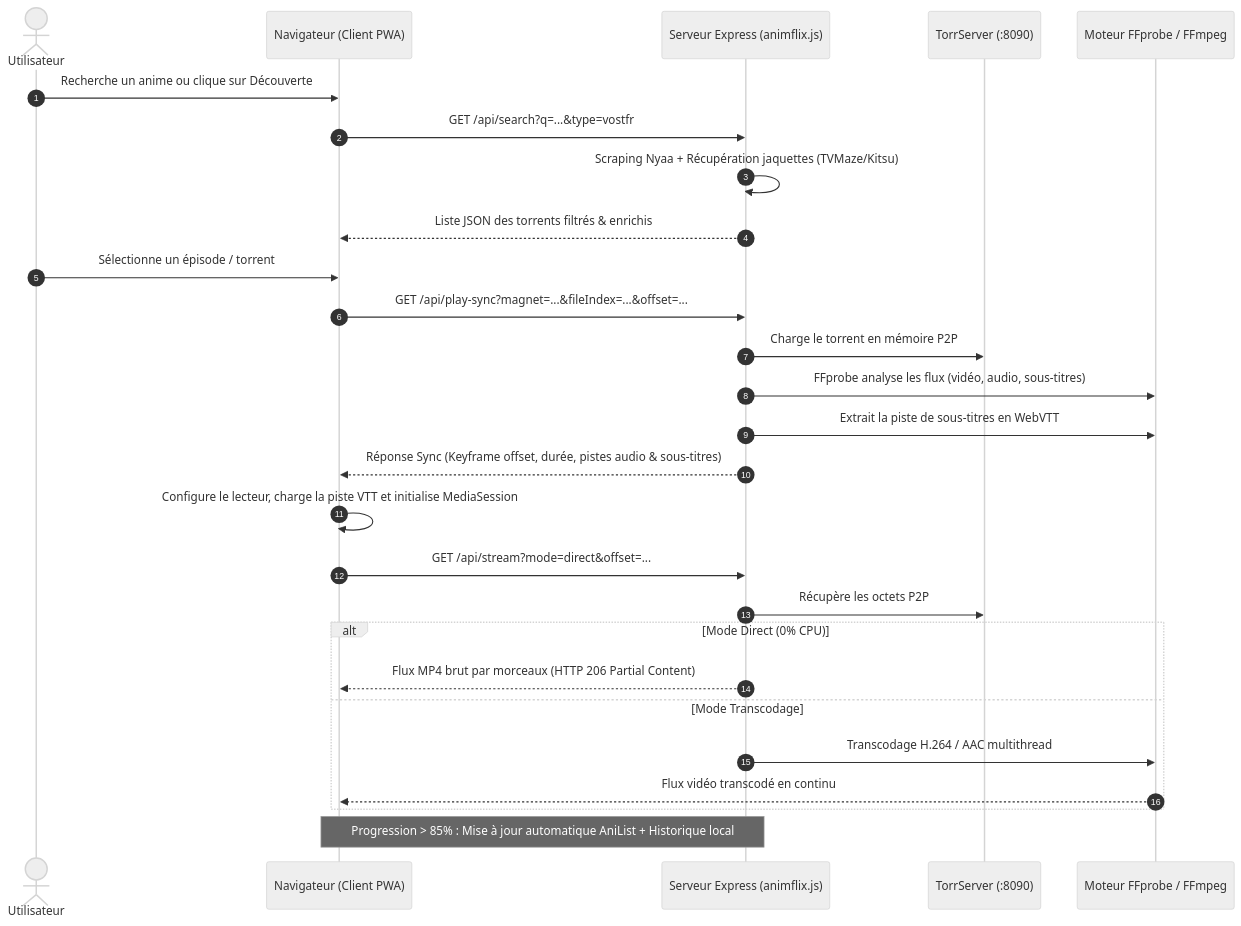
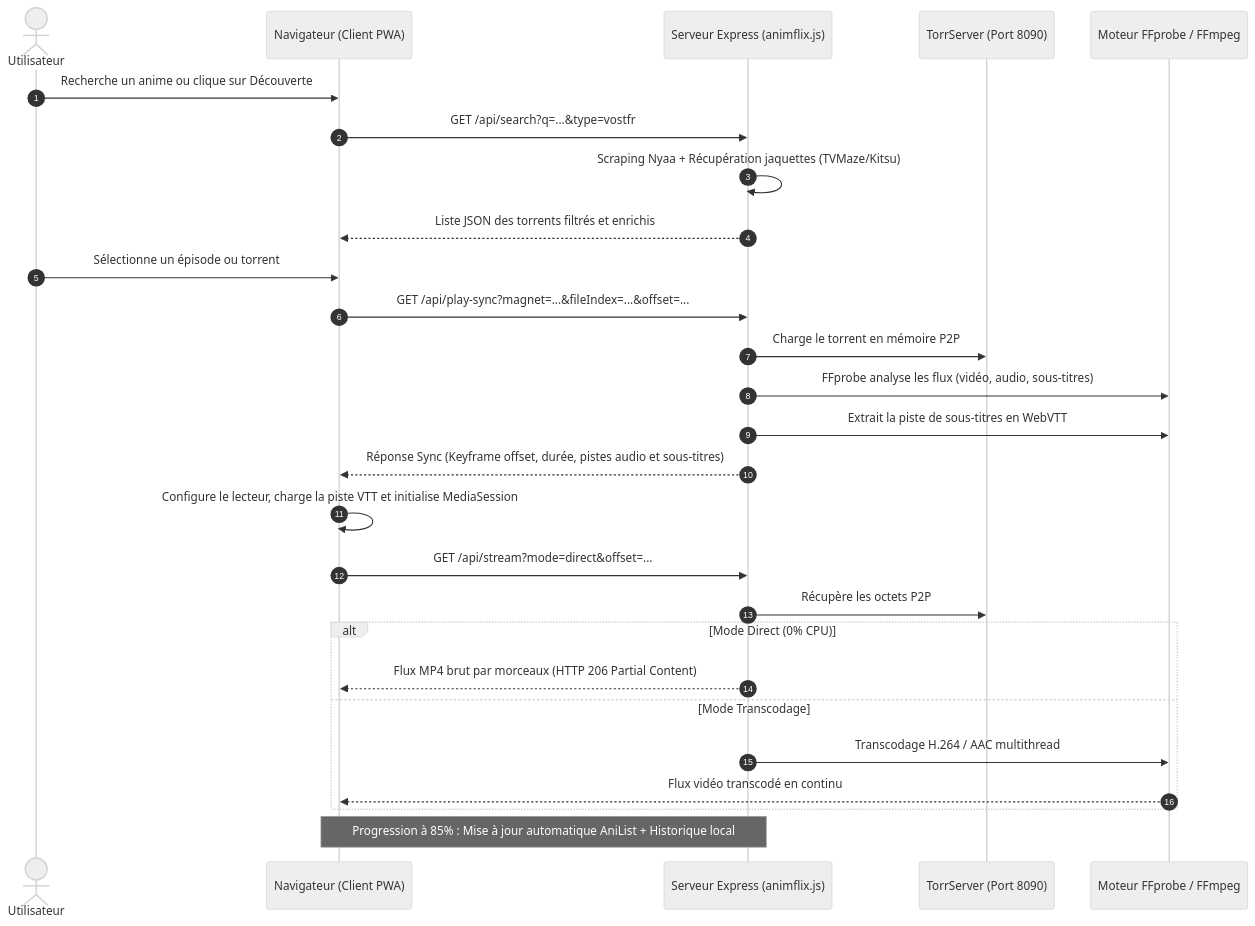
One commit to KaitaoSup/animflix changed the second of 2 diagrams in README.md. Above: the diagram before and after it, drawn with Mermaid (neutral theme). The commit also changed other lines of this file, not shown here.

````diff
--- a/README.md
+++ b/README.md
@@ -142,33 +142,33 @@
 ```mermaid
 sequenceDiagram
     autonumber
     actor User as Utilisateur
     participant Browser as Navigateur (Client PWA)
     participant Server as Serveur Express (animflix.js)
-    participant Torr as TorrServer (:8090)
+    participant Torr as TorrServer (Port 8090)
     participant FFmpeg as Moteur FFprobe / FFmpeg
 
     User->>Browser: Recherche un anime ou clique sur Découverte
     Browser->>Server: GET /api/search?q=...&type=vostfr
     Server->>Server: Scraping Nyaa + Récupération jaquettes (TVMaze/Kitsu)
-    Server-->>Browser: Liste JSON des torrents filtrés & enrichis
+    Server-->>Browser: Liste JSON des torrents filtrés et enrichis
 
-    User->>Browser: Sélectionne un épisode / torrent
+    User->>Browser: Sélectionne un épisode ou torrent
     Browser->>Server: GET /api/play-sync?magnet=...&fileIndex=...&offset=...
     Server->>Torr: Charge le torrent en mémoire P2P
     Server->>FFmpeg: FFprobe analyse les flux (vidéo, audio, sous-titres)
     Server->>FFmpeg: Extrait la piste de sous-titres en WebVTT
-    Server-->>Browser: Réponse Sync (Keyframe offset, durée, pistes audio & sous-titres)
+    Server-->>Browser: Réponse Sync (Keyframe offset, durée, pistes audio et sous-titres)
 
     Browser->>Browser: Configure le lecteur, charge la piste VTT et initialise MediaSession
     Browser->>Server: GET /api/stream?mode=direct&offset=...
     Server->>Torr: Récupère les octets P2P
     alt Mode Direct (0% CPU)
         Server-->>Browser: Flux MP4 brut par morceaux (HTTP 206 Partial Content)
     else Mode Transcodage
         Server->>FFmpeg: Transcodage H.264 / AAC multithread
         FFmpeg-->>Browser: Flux vidéo transcodé en continu
     end
 
-    Note over Browser,Server: Progression > 85% : Mise à jour automatique AniList + Historique local
+    Note over Browser,Server: Progression à 85% : Mise à jour automatique AniList + Historique local
 ```
````
